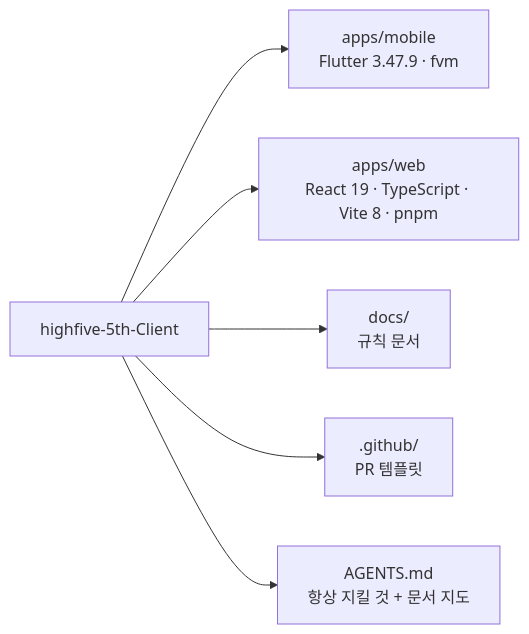
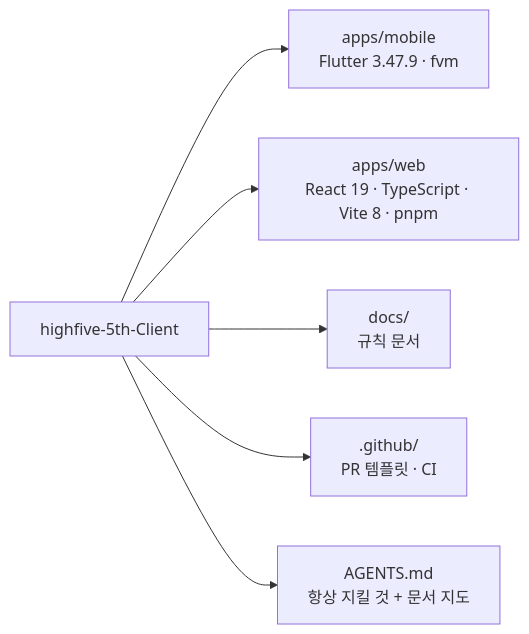
Before and after one commit to JECT-Study/highfive-5th-Client: the first of 15 diagrams in docs/overview.md, drawn with Mermaid. The commit also changed other lines of this file and 3 other files, not shown here.

````diff
--- a/docs/overview.md
+++ b/docs/overview.md
@@ -8,9 +8,9 @@
 ```mermaid
 flowchart LR
   repo["highfive-5th-Client"]
   repo --> mobile["apps/mobile<br/>Flutter 3.47.9 · fvm"]
   repo --> web["apps/web<br/>React 19 · TypeScript · Vite 8 · pnpm"]
   repo --> docs["docs/<br/>규칙 문서"]
-  repo --> gh[".github/<br/>PR 템플릿"]
+  repo --> gh[".github/<br/>PR 템플릿 · CI"]
   repo --> agents["AGENTS.md<br/>항상 지킬 것 + 문서 지도"]
 ```
````
